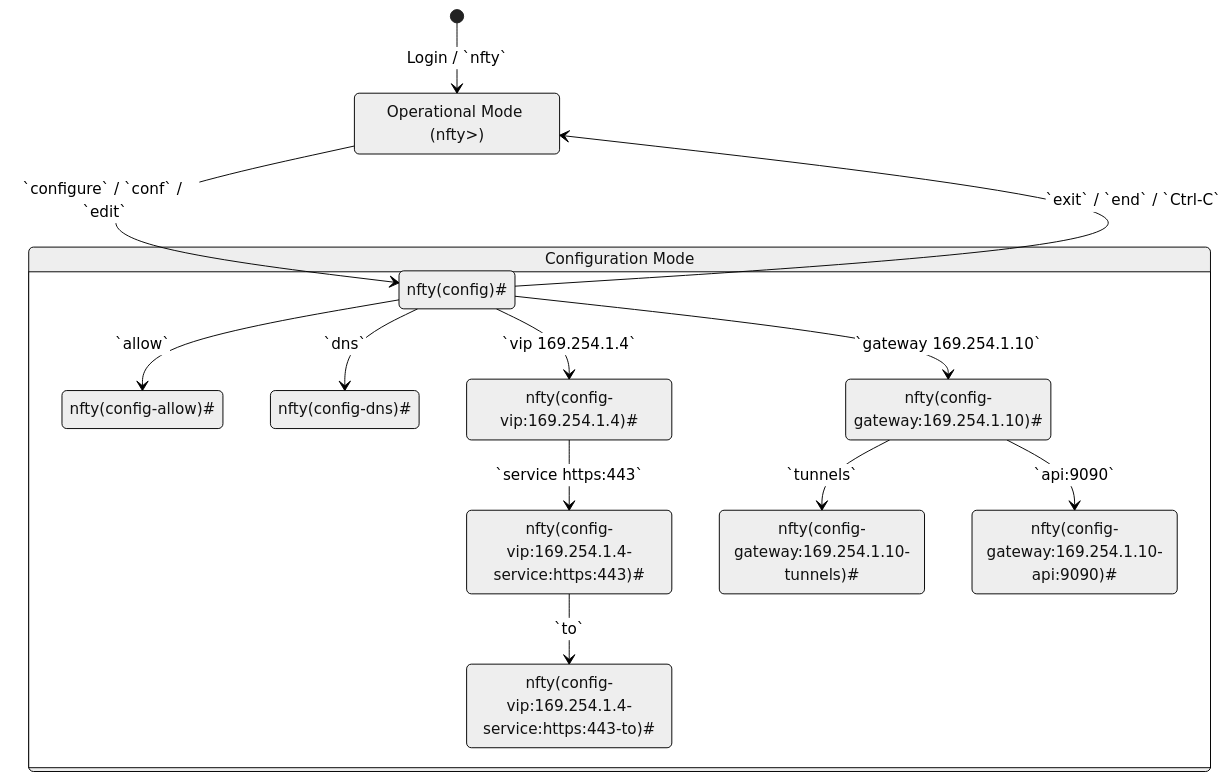
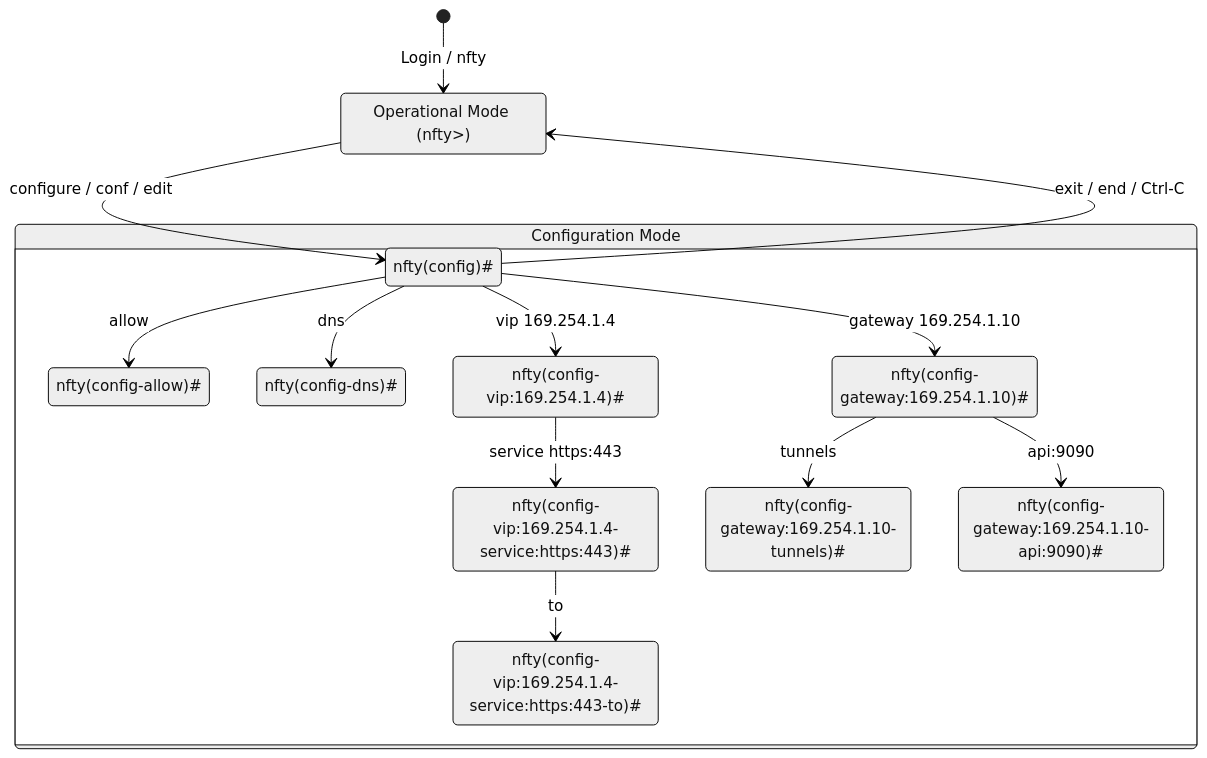
Before and after one commit to grsmith-projects/nfty: the first of 2 diagrams in docs/interactive-cli-and-tui.md, drawn with Mermaid (neutral theme). The commit also changed other lines of this file, not shown here.

Commit message:
docs: fix mermaid diagram edge label syntax in interactive-cli-and-tui.md

````diff
--- a/docs/interactive-cli-and-tui.md
+++ b/docs/interactive-cli-and-tui.md
@@ -59,28 +59,28 @@
 ```mermaid
 stateDiagram-v2
-    [*] --> Operational: Login / `nfty`
-    Operational --> ConfigRoot: `configure` / `conf` / `edit`
-    ConfigRoot --> Operational: `exit` / `end` / `Ctrl-C`
+    [*] --> Operational: Login / nfty
+    Operational --> ConfigRoot: configure / conf / edit
+    ConfigRoot --> Operational: exit / end / Ctrl-C
     
     state "Operational Mode (nfty>)" as Operational
     state "Configuration Mode" as ConfigMode {
         ConfigRoot: nfty(config)#
         AllowCtx: nfty(config-allow)#
         DnsCtx: nfty(config-dns)#
         VipCtx: nfty(config-vip:169.254.1.4)#
         VipSvcCtx: nfty(config-vip:169.254.1.4-service:https:443)#
         VipSvcToCtx: nfty(config-vip:169.254.1.4-service:https:443-to)#
         GwCtx: nfty(config-gateway:169.254.1.10)#
         GwTunCtx: nfty(config-gateway:169.254.1.10-tunnels)#
         GwApiCtx: nfty(config-gateway:169.254.1.10-api:9090)#
 
-        ConfigRoot --> AllowCtx: `allow`
-        ConfigRoot --> DnsCtx: `dns`
-        ConfigRoot --> VipCtx: `vip 169.254.1.4`
-        VipCtx --> VipSvcCtx: `service https:443`
-        VipSvcCtx --> VipSvcToCtx: `to`
-        ConfigRoot --> GwCtx: `gateway 169.254.1.10`
-        GwCtx --> GwTunCtx: `tunnels`
-        GwCtx --> GwApiCtx: `api:9090`
+        ConfigRoot --> AllowCtx: allow
+        ConfigRoot --> DnsCtx: dns
+        ConfigRoot --> VipCtx: vip 169.254.1.4
+        VipCtx --> VipSvcCtx: service https:443
+        VipSvcCtx --> VipSvcToCtx: to
+        ConfigRoot --> GwCtx: gateway 169.254.1.10
+        GwCtx --> GwTunCtx: tunnels
+        GwCtx --> GwApiCtx: api:9090
     }
 ```
````
